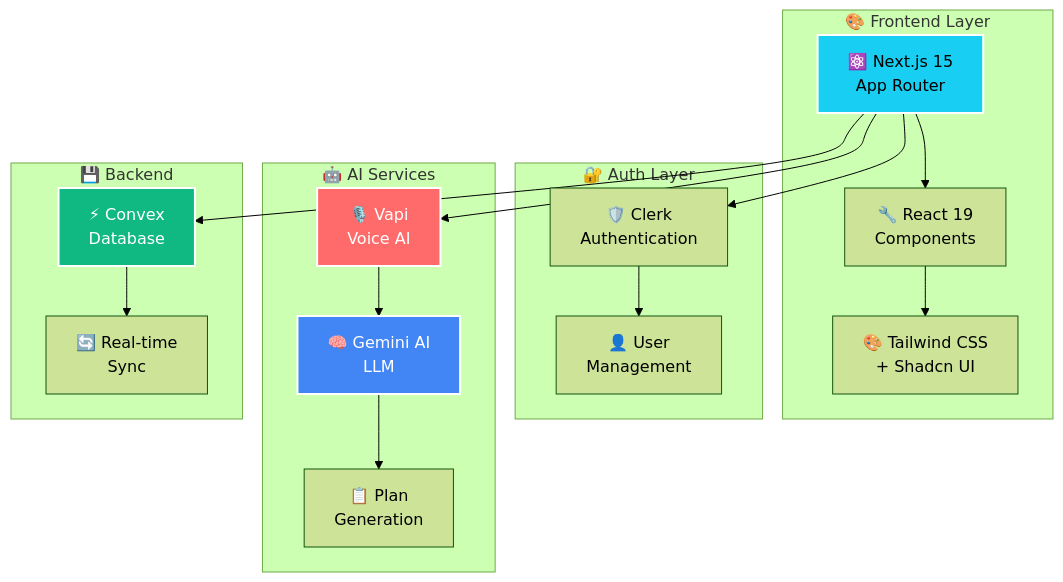
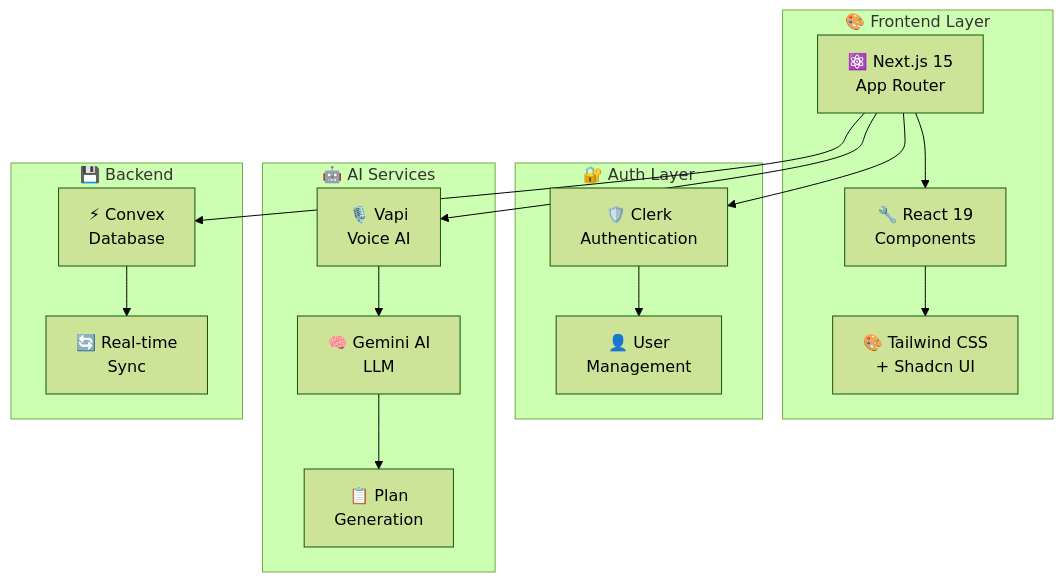
The diagram in README.md (YuvrajsinhRaj/AI-Fitness-assistant), drawn with Mermaid (forest theme) before and after one commit. The commit also changed other lines of this file, not shown here.

````diff
--- a/README.md
+++ b/README.md
@@ -195,29 +217,24 @@
 ```mermaid
 graph TB
     subgraph "🎨 Frontend Layer"
         A["⚛️ Next.js 15<br/>App Router"] --> B["🔧 React 19<br/>Components"]
         B --> C["🎨 Tailwind CSS<br/>+ Shadcn UI"]
     end
     
     subgraph "🔐 Auth Layer"
         D["🛡️ Clerk<br/>Authentication"] --> E["👤 User<br/>Management"]
     end
     
     subgraph "🤖 AI Services"
         F["🎙️ Vapi<br/>Voice AI"] --> G["🧠 Gemini AI<br/>LLM"]
         G --> H["📋 Plan<br/>Generation"]
     end
     
     subgraph "💾 Backend"
         I["⚡ Convex<br/>Database"] --> J["🔄 Real-time<br/>Sync"]
     end
     
     A --> D
     A --> F
     A --> I
-    
-    style A fill:#18CEF2,stroke:#fff,stroke-width:2px,color:#000
-    style F fill:#FF6B6B,stroke:#fff,stroke-width:2px,color:#fff
-    style G fill:#4285F4,stroke:#fff,stroke-width:2px,color:#fff
-    style I fill:#10B981,stroke:#fff,stroke-width:2px,color:#fff
 ```
````
